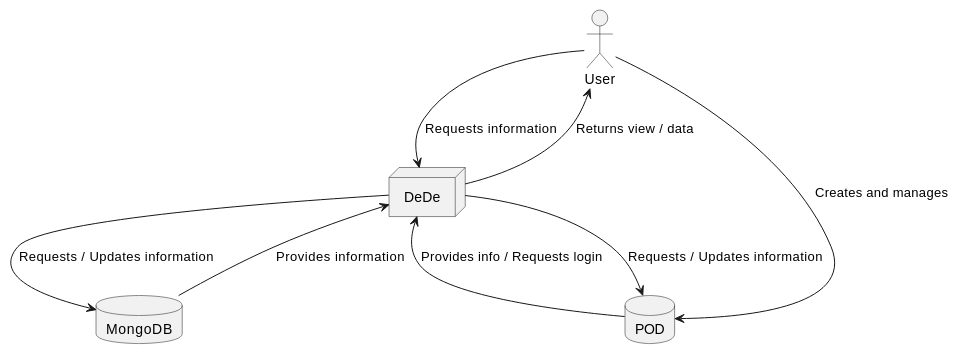
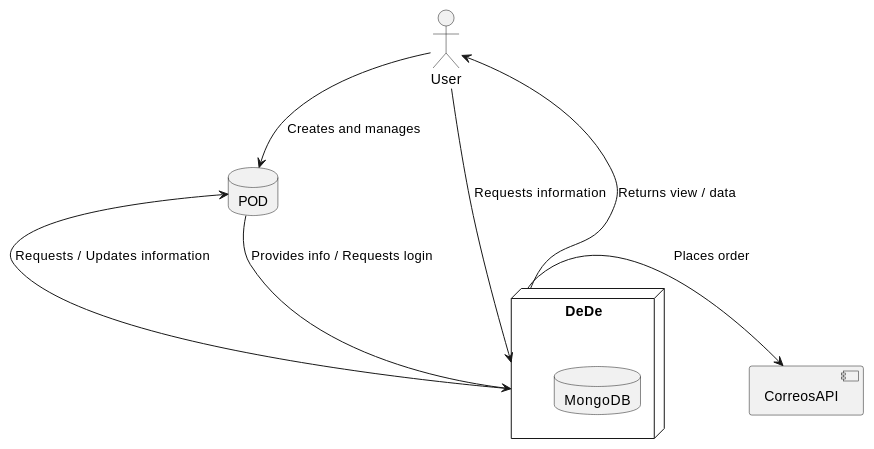
Before and after one commit to Arquisoft/dede_en1b: the diagram in docs/03_system_scope_and_context.adoc, drawn with PlantUML. The commit also changed other lines of this file, not shown here.

Commit message:
Documentation 03 Updated

```diff
--- a/docs/03_system_scope_and_context.adoc
+++ b/docs/03_system_scope_and_context.adoc
@@ -8,16 +8,17 @@
 [plantuml]
 ....
 @startuml
 Actor User
 database POD
-database MongoDB
-node DeDe
-User -> DeDe : Requests information
-User -> POD : Creates and manages
-DeDe --> User : Returns view / data
-DeDe --> POD : Requests / Updates information
-DeDe --> MongoDB : Requests / Updates information
+component CorreosAPI
+node DeDe {
+  database MongoDB
+}
+User --> DeDe : Requests information
+User --> POD : Creates and manages
+DeDe -u-> User : Returns view / data
+DeDe -l-> POD : Requests / Updates information
+DeDe -r-> CorreosAPI : Places order
 POD --> DeDe : Provides info / Requests login
-MongoDB --> DeDe : Provides information
 @enduml
 ....
```
